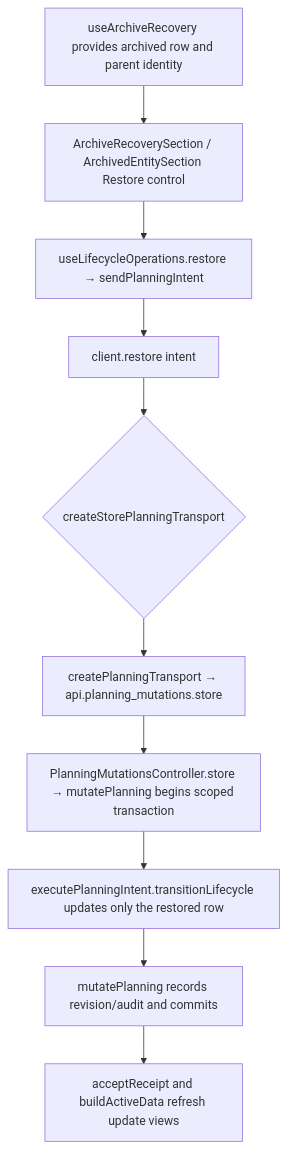
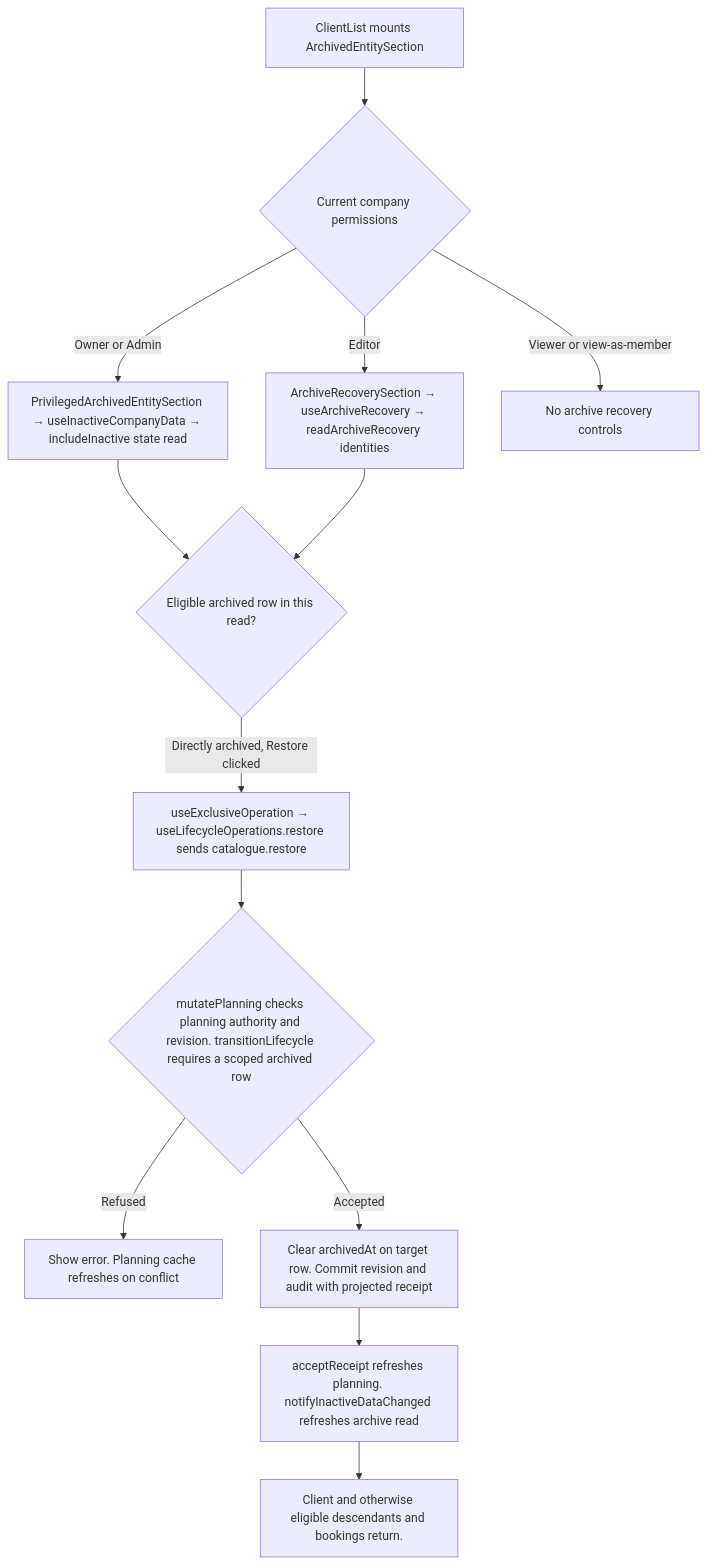
Before and after one commit to Kevinjohn/capacitylens: the second of 2 diagrams in user-stories/clients/US-CLI-06-restore-client.md, drawn with Mermaid. The commit also changed other lines of this file and 172 other files, not shown here.

Commit message:
docs: reconcile user story code flows with source

````diff
--- a/user-stories/clients/US-CLI-06-restore-client.md
+++ b/user-stories/clients/US-CLI-06-restore-client.md
@@ -26,8 +26,15 @@
 ```mermaid
 flowchart TD
-  A["useArchiveRecovery provides archived row and parent identity"] --> B["ArchiveRecoverySection / ArchivedEntitySection Restore control"]
-  B --> C["useLifecycleOperations.restore → sendPlanningIntent"] --> D["client.restore intent"]
-  D --> E{"createStorePlanningTransport"}
-  E --> F["createPlanningTransport → api.planning_mutations.store"] --> G["PlanningMutationsController.store → mutatePlanning begins scoped transaction"]
-  G --> H["executePlanningIntent.transitionLifecycle updates only the restored row"] --> K["mutatePlanning records revision/audit and commits"] --> J["acceptReceipt and buildActiveData refresh update views"]
+  ENTRY["ClientList mounts ArchivedEntitySection"] --> ROLE{"Current company permissions"}
+  ROLE -->|Owner or Admin| FULL["PrivilegedArchivedEntitySection → useInactiveCompanyData → includeInactive state read"]
+  ROLE -->|Editor| REDACTED["ArchiveRecoverySection → useArchiveRecovery → readArchiveRecovery identities"]
+  ROLE -->|Viewer or view-as-member| HIDDEN["No archive recovery controls"]
+  FULL --> ROW{"Eligible archived row in this read?"}
+  REDACTED --> ROW
+  ROW -->|Directly archived, Restore clicked| SEND["useExclusiveOperation → useLifecycleOperations.restore sends catalogue.restore"]
+  SEND --> SERVER{"mutatePlanning checks planning authority and revision. transitionLifecycle requires a scoped archived row"}
+  SERVER -->|Refused| ERROR["Show error. Planning cache refreshes on conflict"]
+  SERVER -->|Accepted| WRITE["Clear archivedAt on target row. Commit revision and audit with projected receipt"]
+  WRITE --> NEXT["acceptReceipt refreshes planning. notifyInactiveDataChanged refreshes archive read"]
+  NEXT --> RESULT["Client and otherwise eligible descendants and bookings return."]
 ```
````
